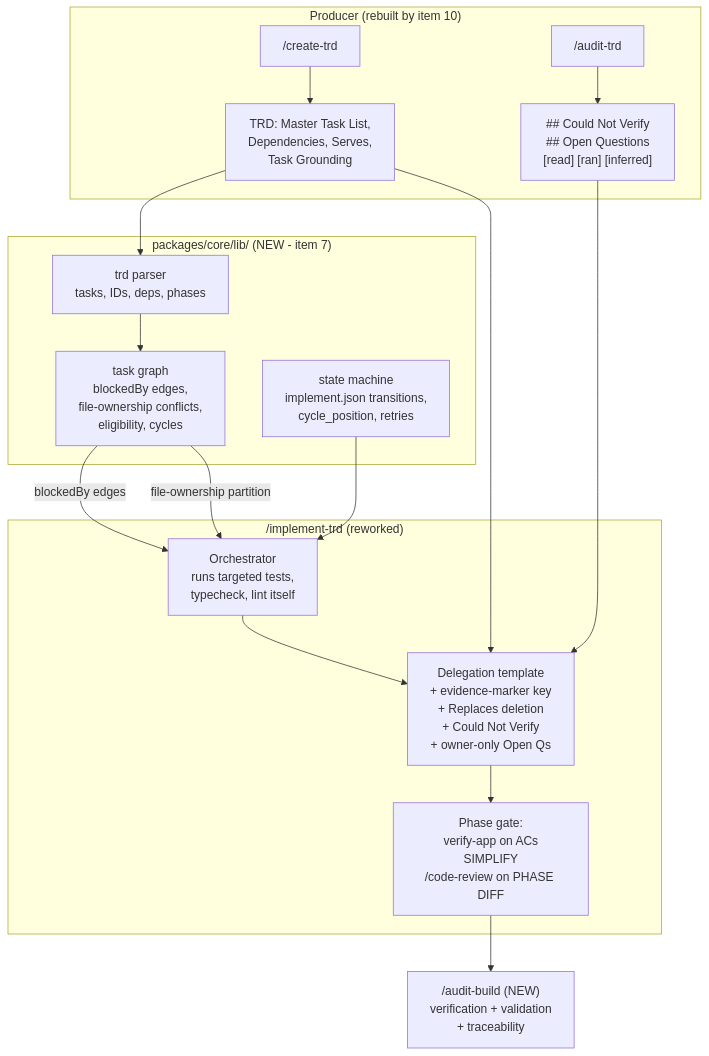
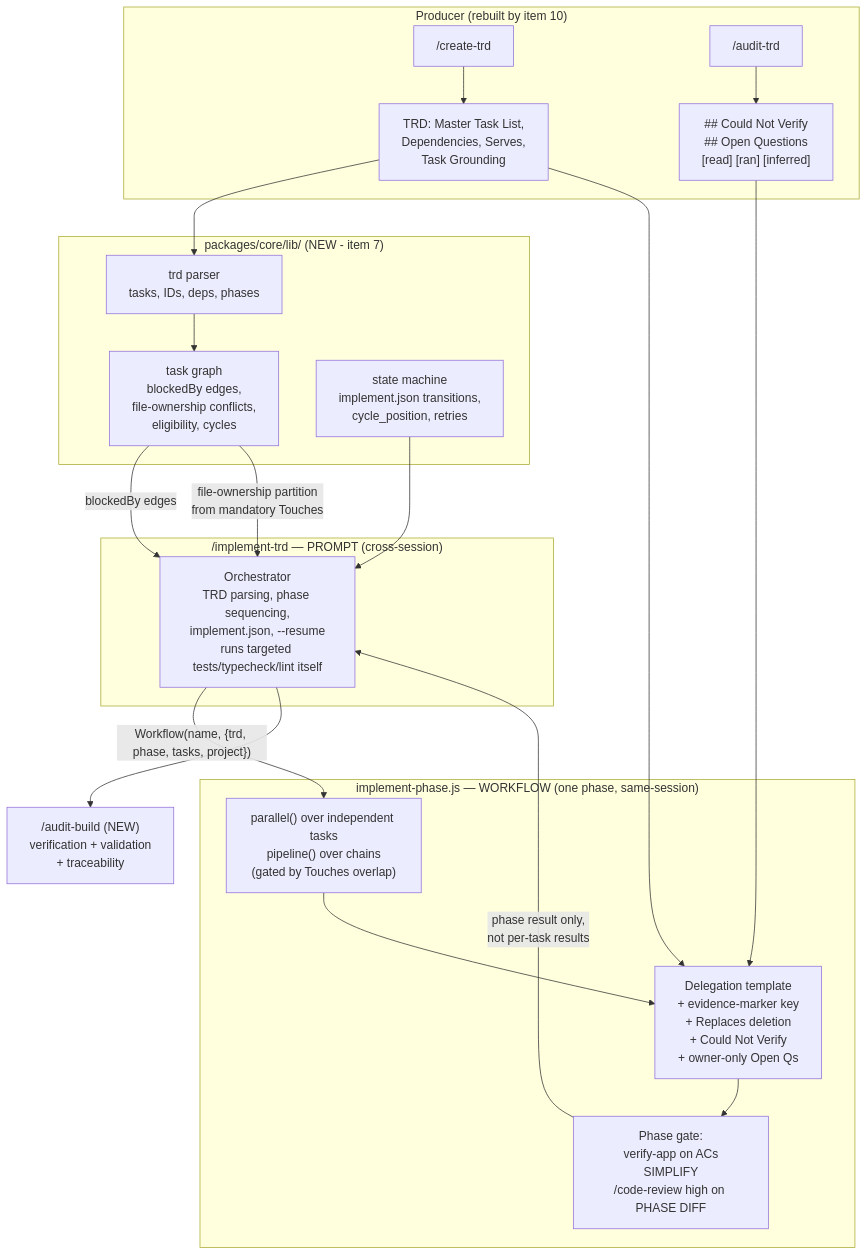
One commit to FortiumPartners/ensemble-vnext changed the first of 2 diagrams in docs/PRD/implement-trd-rework.md. Above: the diagram before and after it, drawn with Mermaid. The commit also changed other lines of this file and 2 other files, not shown here.

First line of the commit message:
docs(prd): refine-prd --auto on implement-trd-rework (v1.1.0)

````diff
--- a/docs/PRD/implement-trd-rework.md
+++ b/docs/PRD/implement-trd-rework.md
@@ -109,32 +122,38 @@
 ```mermaid
 graph TB
     subgraph Producer["Producer (rebuilt by item 10)"]
         CT["/create-trd"] --> TRD["TRD: Master Task List,<br/>Dependencies, Serves,<br/>Task Grounding"]
         AT["/audit-trd"] --> CNV["## Could Not Verify<br/>## Open Questions<br/>[read] [ran] [inferred]"]
     end
 
     subgraph Lib["packages/core/lib/ (NEW - item 7)"]
         P["trd parser<br/>tasks, IDs, deps, phases"]
         G["task graph<br/>blockedBy edges,<br/>file-ownership conflicts,<br/>eligibility, cycles"]
         S["state machine<br/>implement.json transitions,<br/>cycle_position, retries"]
         P --> G
     end
 
-    subgraph Consumer["/implement-trd (reworked)"]
-        ORCH["Orchestrator<br/>runs targeted tests,<br/>typecheck, lint itself"]
+    subgraph Consumer["/implement-trd — PROMPT (cross-session)"]
+        ORCH["Orchestrator<br/>TRD parsing, phase sequencing,<br/>implement.json, --resume<br/>runs targeted tests/typecheck/lint itself"]
+    end
+
+    subgraph WF["implement-phase.js — WORKFLOW (one phase, same-session)"]
         DELEG["Delegation template<br/>+ evidence-marker key<br/>+ Replaces deletion<br/>+ Could Not Verify<br/>+ owner-only Open Qs"]
-        PHASE["Phase gate:<br/>verify-app on ACs<br/>SIMPLIFY<br/>/code-review on PHASE DIFF"]
+        PAR["parallel() over independent tasks<br/>pipeline() over chains<br/>(gated by Touches overlap)"]
+        PHASE["Phase gate:<br/>verify-app on ACs<br/>SIMPLIFY<br/>/code-review high on PHASE DIFF"]
+        PAR --> DELEG
     end
 
     AB["/audit-build (NEW)<br/>verification + validation<br/>+ traceability"]
 
     TRD --> P
     TRD --> DELEG
     CNV --> DELEG
     G -->|blockedBy edges| ORCH
-    G -->|file-ownership partition| ORCH
+    G -->|file-ownership partition<br/>from mandatory Touches| ORCH
     S --> ORCH
-    ORCH --> DELEG
+    ORCH -->|"Workflow(name, {trd, phase, tasks, project})"| PAR
     DELEG --> PHASE
-    PHASE --> AB
+    PHASE -->|phase result only,<br/>not per-task results| ORCH
+    ORCH --> AB
 ```
````
